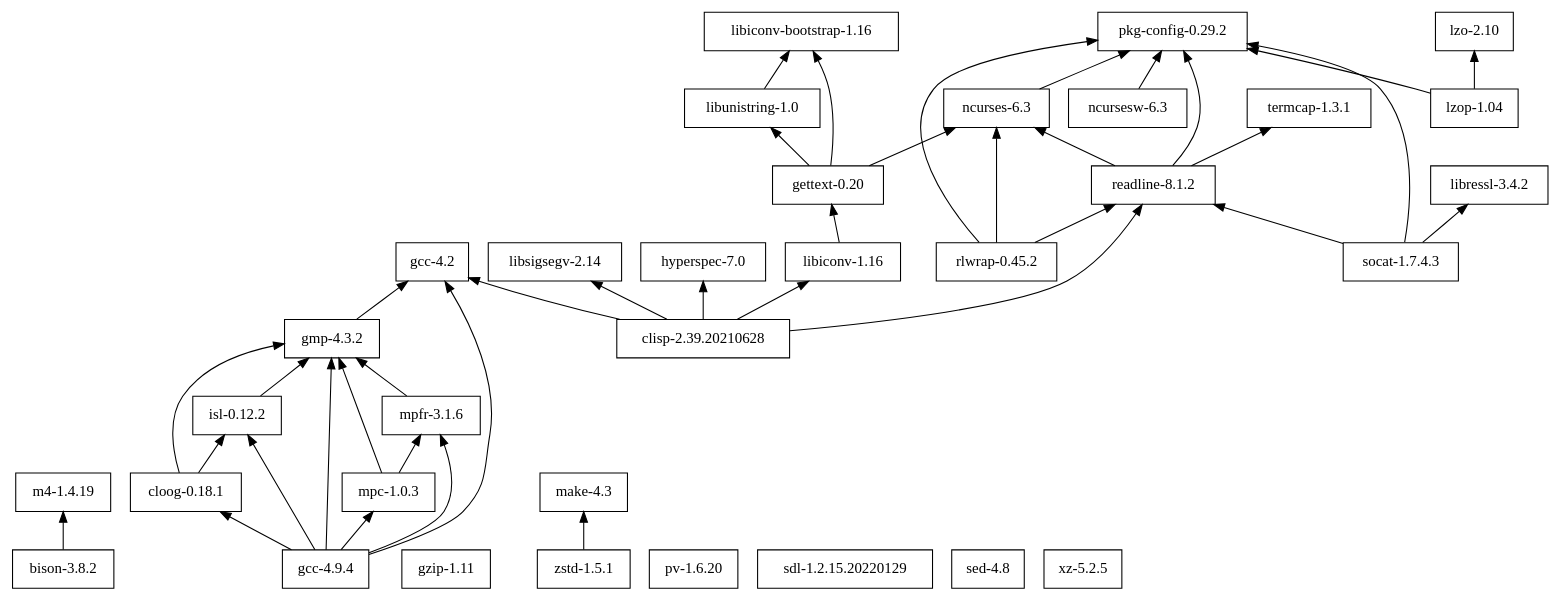
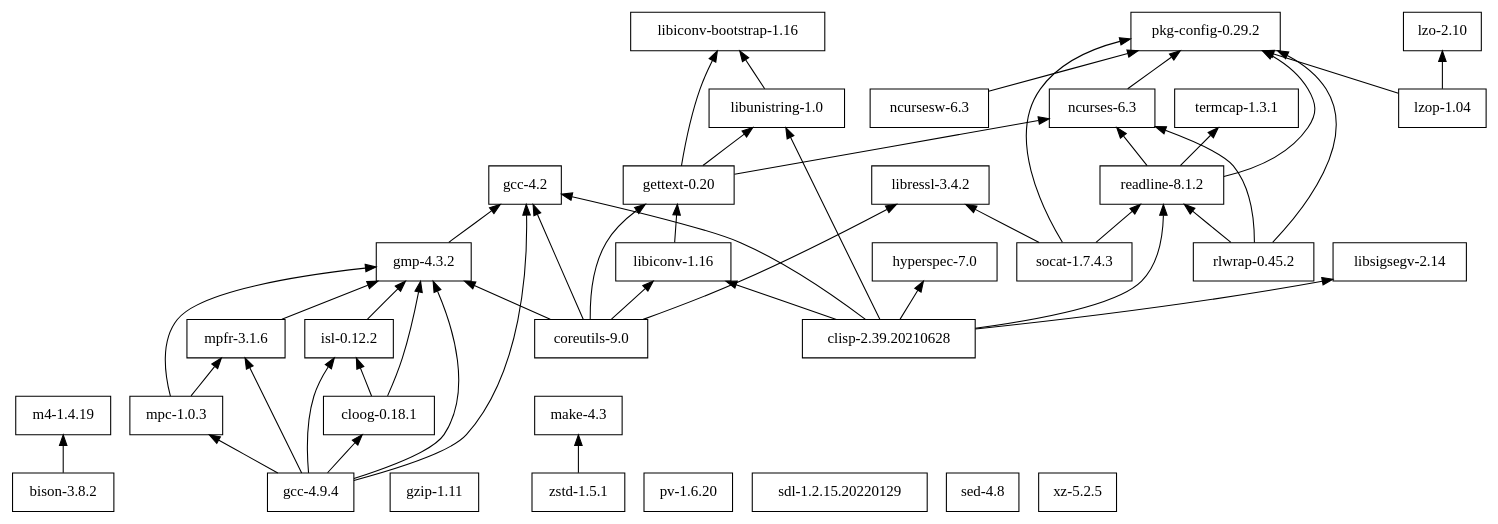
The diagram in tigersh/deps/dependencies.dot (cellularmitosis/leopard.sh), drawn with Graphviz before and after one commit. The commit also changed 16 other files, not shown here.

```diff
--- a/tigersh/deps/dependencies.dot
+++ b/tigersh/deps/dependencies.dot
@@ -1,59 +1,65 @@
 digraph mygraph {
 node [shape=box];
 rankdir = BT;
 
 "bison-3.8.2" -> "m4-1.4.19"
 "clisp-2.39.20210628" -> "gcc-4.2"
 "clisp-2.39.20210628" -> "hyperspec-7.0"
 "clisp-2.39.20210628" -> "libiconv-1.16"
 "clisp-2.39.20210628" -> "libsigsegv-2.14"
+"clisp-2.39.20210628" -> "libunistring-1.0"
 "clisp-2.39.20210628" -> "readline-8.1.2"
 "cloog-0.18.1" -> "gmp-4.3.2"
 "cloog-0.18.1" -> "isl-0.12.2"
+"coreutils-9.0" -> "gcc-4.2"
+"coreutils-9.0" -> "gettext-0.20"
+"coreutils-9.0" -> "gmp-4.3.2"
+"coreutils-9.0" -> "libiconv-1.16"
+"coreutils-9.0" -> "libressl-3.4.2"
 "gcc-4.2"
 "gcc-4.9.4" -> "cloog-0.18.1"
 "gcc-4.9.4" -> "gcc-4.2"
 "gcc-4.9.4" -> "gmp-4.3.2"
 "gcc-4.9.4" -> "isl-0.12.2"
 "gcc-4.9.4" -> "mpc-1.0.3"
 "gcc-4.9.4" -> "mpfr-3.1.6"
 "gettext-0.20" -> "libiconv-bootstrap-1.16"
 "gettext-0.20" -> "libunistring-1.0"
 "gettext-0.20" -> "ncurses-6.3"
 "gmp-4.3.2" -> "gcc-4.2"
 "gzip-1.11"
 "hyperspec-7.0"
 "isl-0.12.2" -> "gmp-4.3.2"
 "libiconv-1.16" -> "gettext-0.20"
 "libiconv-bootstrap-1.16"
 "libressl-3.4.2"
 "libsigsegv-2.14"
 "libunistring-1.0" -> "libiconv-bootstrap-1.16"
 "lzo-2.10"
 "lzop-1.04" -> "lzo-2.10"
 "lzop-1.04" -> "pkg-config-0.29.2"
 "m4-1.4.19"
 "make-4.3"
 "mpc-1.0.3" -> "gmp-4.3.2"
 "mpc-1.0.3" -> "mpfr-3.1.6"
 "mpfr-3.1.6" -> "gmp-4.3.2"
 "ncurses-6.3" -> "pkg-config-0.29.2"
 "ncursesw-6.3" -> "pkg-config-0.29.2"
 "pkg-config-0.29.2"
 "pv-1.6.20"
 "readline-8.1.2" -> "ncurses-6.3"
 "readline-8.1.2" -> "pkg-config-0.29.2"
 "readline-8.1.2" -> "termcap-1.3.1"
 "rlwrap-0.45.2" -> "ncurses-6.3"
 "rlwrap-0.45.2" -> "pkg-config-0.29.2"
 "rlwrap-0.45.2" -> "readline-8.1.2"
 "sdl-1.2.15.20220129"
 "sed-4.8"
 "socat-1.7.4.3" -> "libressl-3.4.2"
 "socat-1.7.4.3" -> "pkg-config-0.29.2"
 "socat-1.7.4.3" -> "readline-8.1.2"
 "termcap-1.3.1"
 "xz-5.2.5"
 "zstd-1.5.1" -> "make-4.3"
 
 }
```
